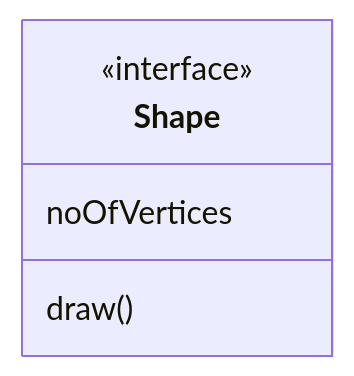
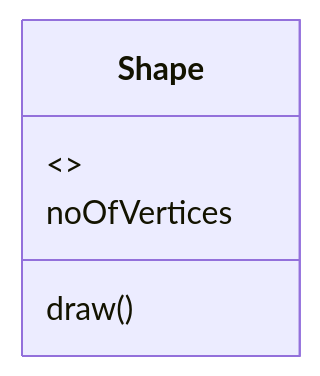
The ninth of 9 diagrams in development/markdown/markdown-mermaid-class-diagram.md (yanjinzh6/notes), drawn with Mermaid before and after one commit. The commit also changed other lines of this file and 4 other files, not shown here.

````diff
--- a/development/markdown/markdown-mermaid-class-diagram.md
+++ b/development/markdown/markdown-mermaid-class-diagram.md
@@ -249,9 +251,9 @@
 ```mermaid
 classDiagram
 %% This whole line is a comment classDiagram class Shape <<interface>>
 class Shape{
-  <<interface>>
+  <escape><<interface>></escape>
   noOfVertices
   draw()
 }
 ```
````
